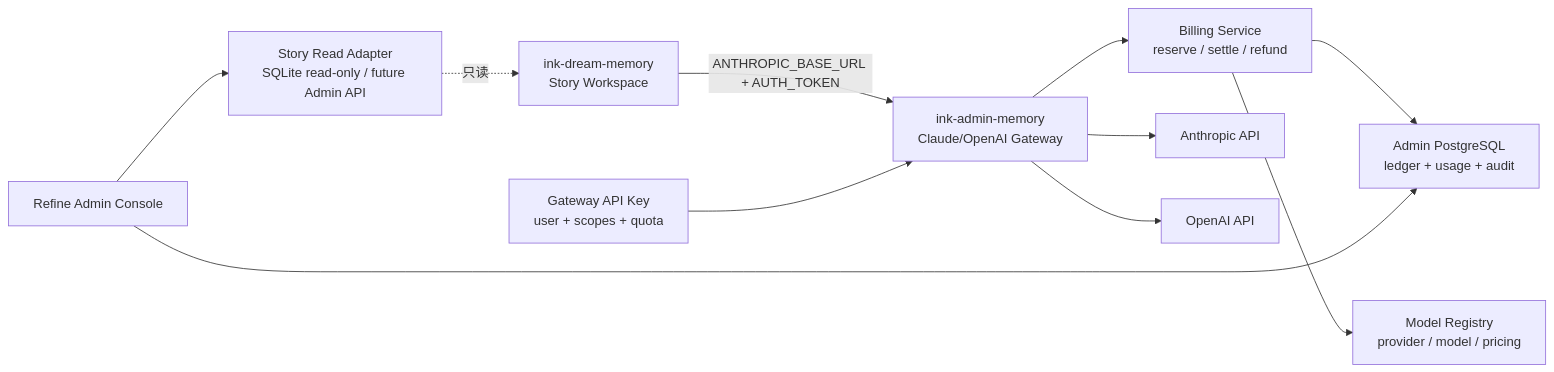
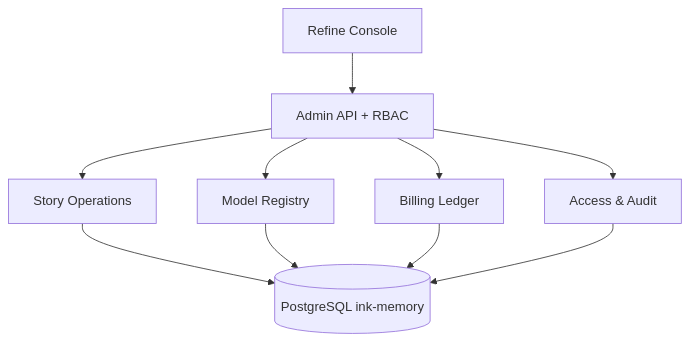
Before and after one commit to glide-the/dream-im-platform: the diagram in docs/design/ai-platform-admin-billing-gateway-design.md, drawn with Mermaid. The commit also changed other lines of this file and 266 other files, not shown here.

````diff
--- a/docs/design/ai-platform-admin-billing-gateway-design.md
+++ b/docs/design/ai-platform-admin-billing-gateway-design.md
@@ -68,24 +9,12 @@
 ```mermaid
-flowchart LR
-    SW["ink-dream-memory\nStory Workspace"]
-    KEY["Gateway API Key\nuser + scopes + quota"]
-    GW["ink-admin-memory\nClaude/OpenAI Gateway"]
-    BILL["Billing Service\nreserve / settle / refund"]
-    REG["Model Registry\nprovider / model / pricing"]
-    PG["Admin PostgreSQL\nledger + usage + audit"]
-    A["Anthropic API"]
-    O["OpenAI API"]
-    UI["Refine Admin Console"]
-    STORY["Story Read Adapter\nSQLite read-only / future Admin API"]
-
-    SW -->|"ANTHROPIC_BASE_URL + AUTH_TOKEN"| GW
-    KEY --> GW
-    GW --> BILL
-    BILL --> REG
-    BILL --> PG
-    GW --> A
-    GW --> O
-    UI --> PG
-    UI --> STORY
-    STORY -. "只读" .-> SW
+flowchart TB
+  R["Refine Console"] --> A["Admin API + RBAC"]
+  A --> S["Story Operations"]
+  A --> M["Model Registry"]
+  A --> B["Billing Ledger"]
+  A --> X["Access & Audit"]
+  S --> PG[("PostgreSQL ink-memory")]
+  M --> PG
+  B --> PG
+  X --> PG
 ```
````
